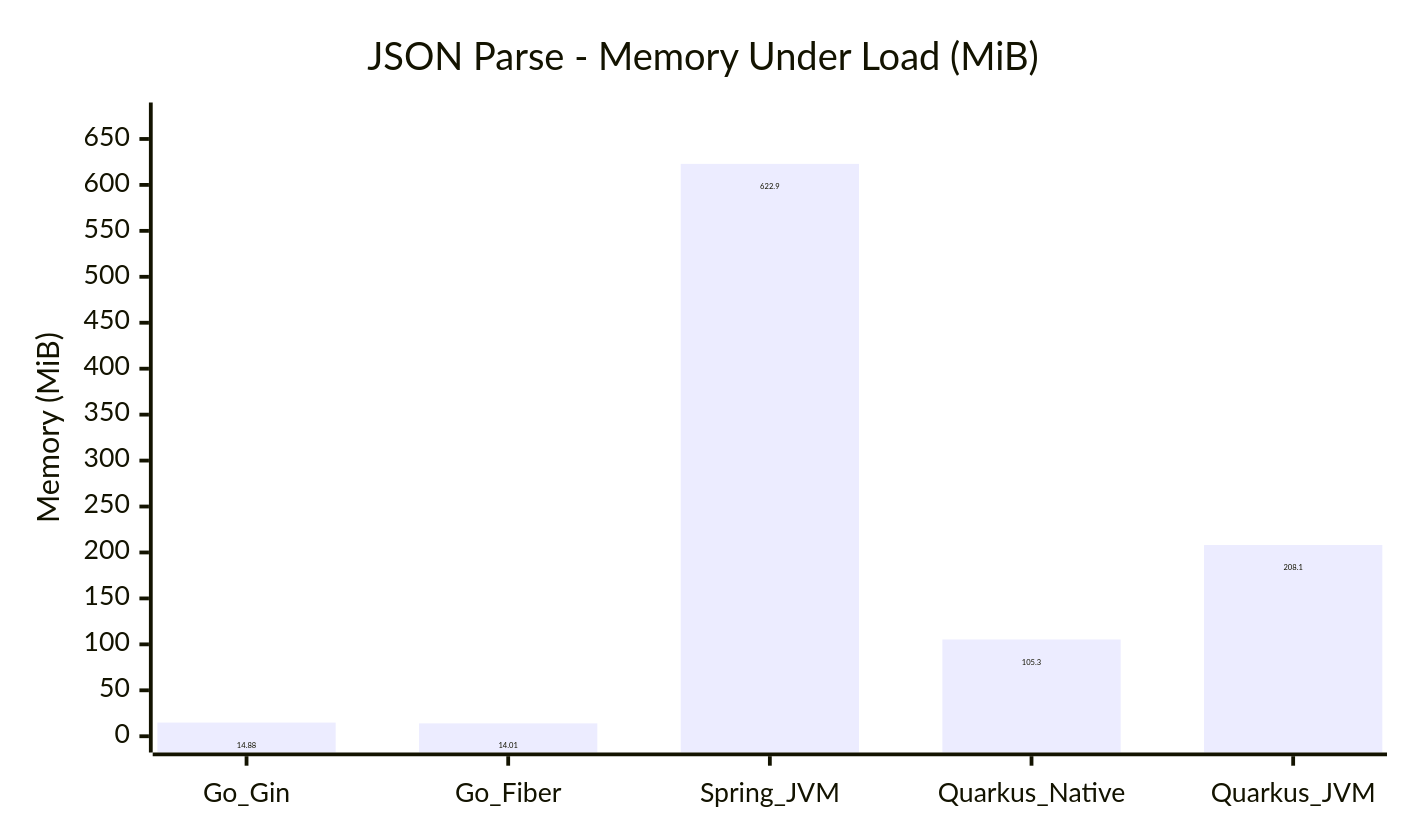
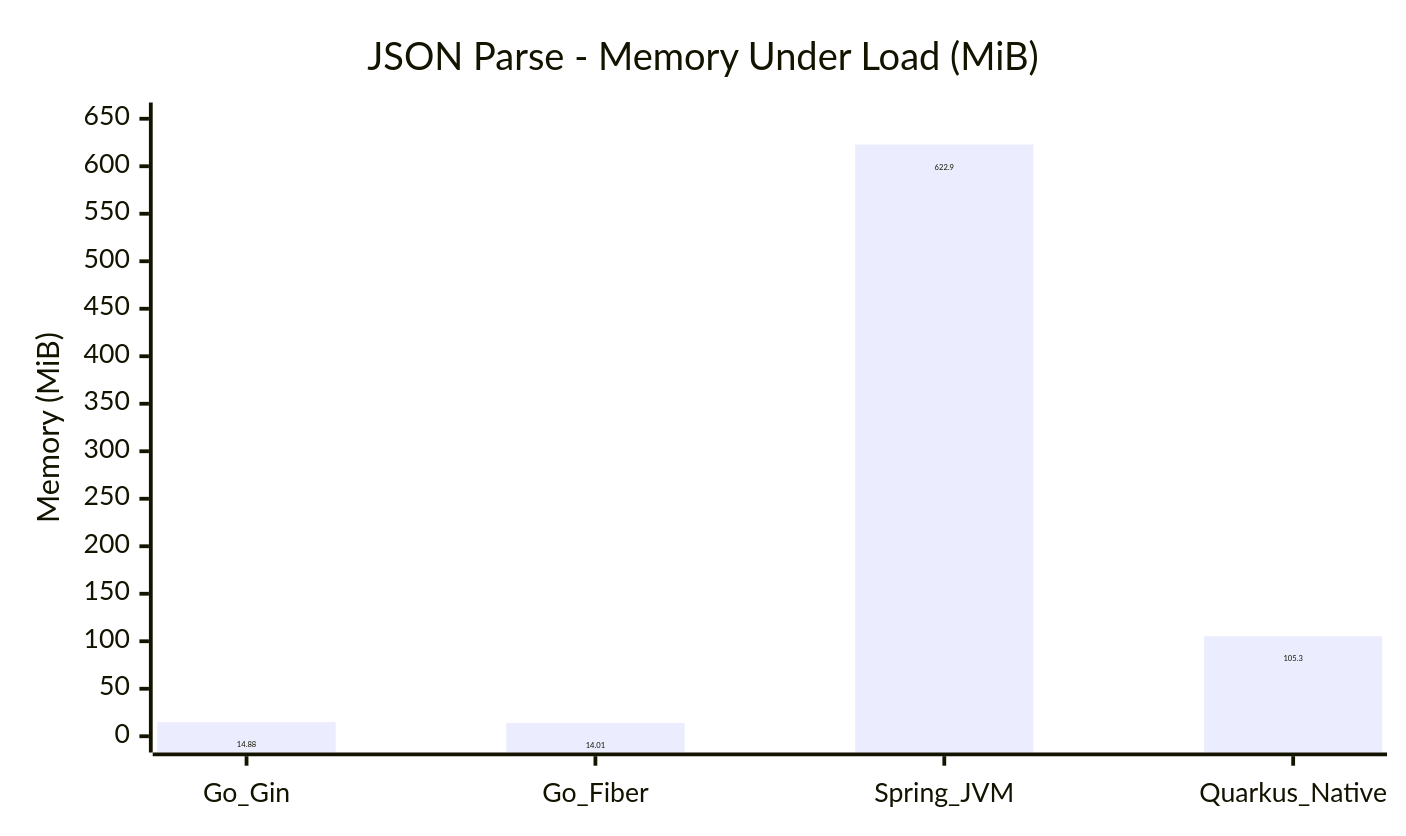
The ninth of 15 diagrams in COMPARISON_REPORT.md (hiiamtin/go-vs-java), drawn with Mermaid before and after one commit. The commit also changed other lines of this file and 90 other files, not shown here.

Commit message:
Remove Quarkus JVM variant and refresh benchmark results

````diff
--- a/COMPARISON_REPORT.md
+++ b/COMPARISON_REPORT.md
@@ -170,14 +174,14 @@
 ```mermaid
 ---
 config:
   xyChart:
     width: 720
     height: 420
     showDataLabel: true
 ---
 xychart
     title "JSON Parse - Memory Under Load (MiB)"
-    x-axis [Go_Gin, Go_Fiber, Spring_JVM, Quarkus_Native, Quarkus_JVM]
-    y-axis "Memory (MiB)" 0 --> 672
-    bar [14.88, 14.01, 622.9, 105.3, 208.1]
+    x-axis [Go_Gin, Go_Fiber, Spring_JVM, Quarkus_Native]
+    y-axis "Memory (MiB)" 0 --> 650
+    bar [14.88, 14.01, 622.9, 105.3]
 ```
````
